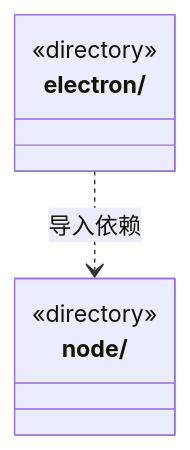
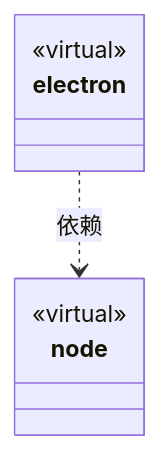
One commit to nan023062/cbim changed the diagram in src/core/platform/ARCHITECTURE.md. Above: the diagram before and after it, drawn with Mermaid. The commit also changed other lines of this file and 158 other files, not shown here.

Commit message:
docs: model architecture through nested virtual encapsulations

````diff
--- a/src/core/platform/ARCHITECTURE.md
+++ b/src/core/platform/ARCHITECTURE.md
@@ -43,10 +19,12 @@
 ```mermaid
 classDiagram
-class N_src_core_platform_electron["electron/"] {
-  <<directory>>
+class N_97e54b4c6962["electron"] {
+  <<virtual>>
 }
-class N_src_core_platform_node["node/"] {
-  <<directory>>
+click N_97e54b4c6962 href "electron/ARCHITECTURE.md"
+class N_19f11a39d3a8["node"] {
+  <<virtual>>
 }
-N_src_core_platform_electron ..> N_src_core_platform_node : 导入依赖
+click N_19f11a39d3a8 href "node/ARCHITECTURE.md"
+N_97e54b4c6962 ..> N_19f11a39d3a8 : 依赖
 ```
````
